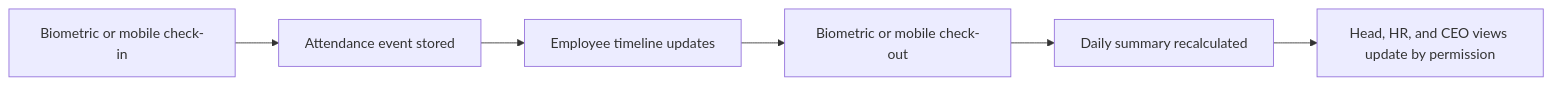
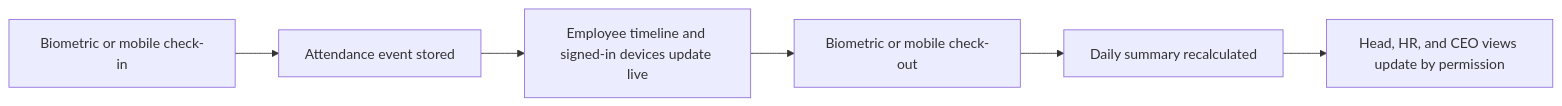
Before and after one commit to Sameerreddy-ATD/Atd-Hrms: the second of 3 diagrams in docs/OPERATIONS_AND_WORKFLOWS.md, drawn with Mermaid. The commit also changed other lines of this file and 10 other files, not shown here.

````diff
--- a/docs/OPERATIONS_AND_WORKFLOWS.md
+++ b/docs/OPERATIONS_AND_WORKFLOWS.md
@@ -51,8 +56,8 @@
 ```mermaid
 flowchart LR
   A["Biometric or mobile check-in"] --> B["Attendance event stored"]
-  B --> C["Employee timeline updates"]
+  B --> C["Employee timeline and signed-in devices update live"]
   C --> D["Biometric or mobile check-out"]
   D --> E["Daily summary recalculated"]
   E --> F["Head, HR, and CEO views update by permission"]
 ```
````
